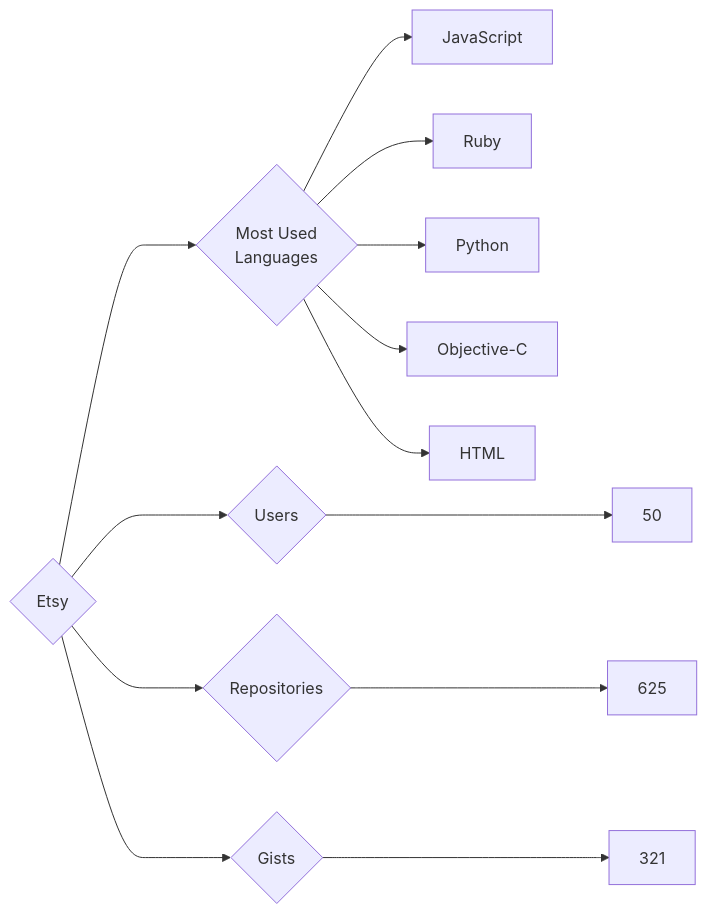
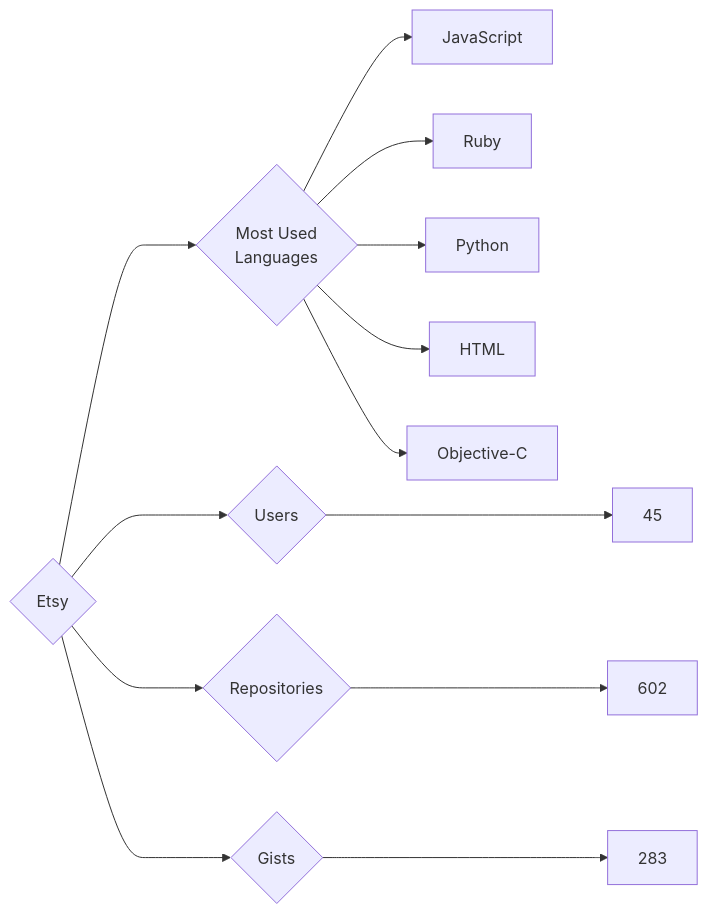
Before and after one commit to trickest/insiders: the diagram in targets/Etsy/README.md, drawn with Mermaid. The commit also changed 984 other files, not shown here.

````diff
--- a/targets/Etsy/README.md
+++ b/targets/Etsy/README.md
@@ -3,13 +3,13 @@
 ```mermaid
 graph LR
 COMPANY_NAME{Etsy}
-COMPANY_NAME ---> U{Users} ---> UN[50]
-COMPANY_NAME ---> R{Repositories} ---> RN[625]
-COMPANY_NAME ---> G{Gists} ---> GN[321]
+COMPANY_NAME ---> U{Users} ---> UN[45]
+COMPANY_NAME ---> R{Repositories} ---> RN[602]
+COMPANY_NAME ---> G{Gists} ---> GN[283]
 COMPANY_NAME ---> ML{Most Used<br>Languages}
 ML --> JavaScript[JavaScript]
 ML --> Ruby[Ruby]
 ML --> Python[Python]
+ML --> HTML[HTML]
 ML --> Objective-C[Objective-C]
-ML --> HTML[HTML]
 ```
````
